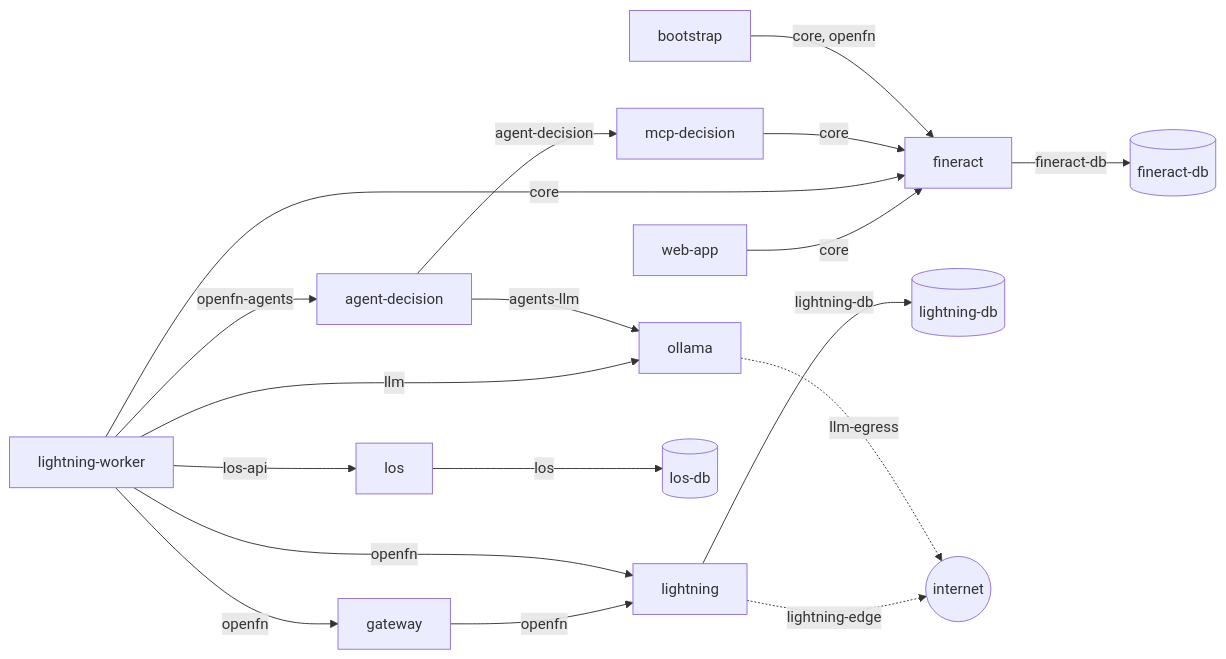
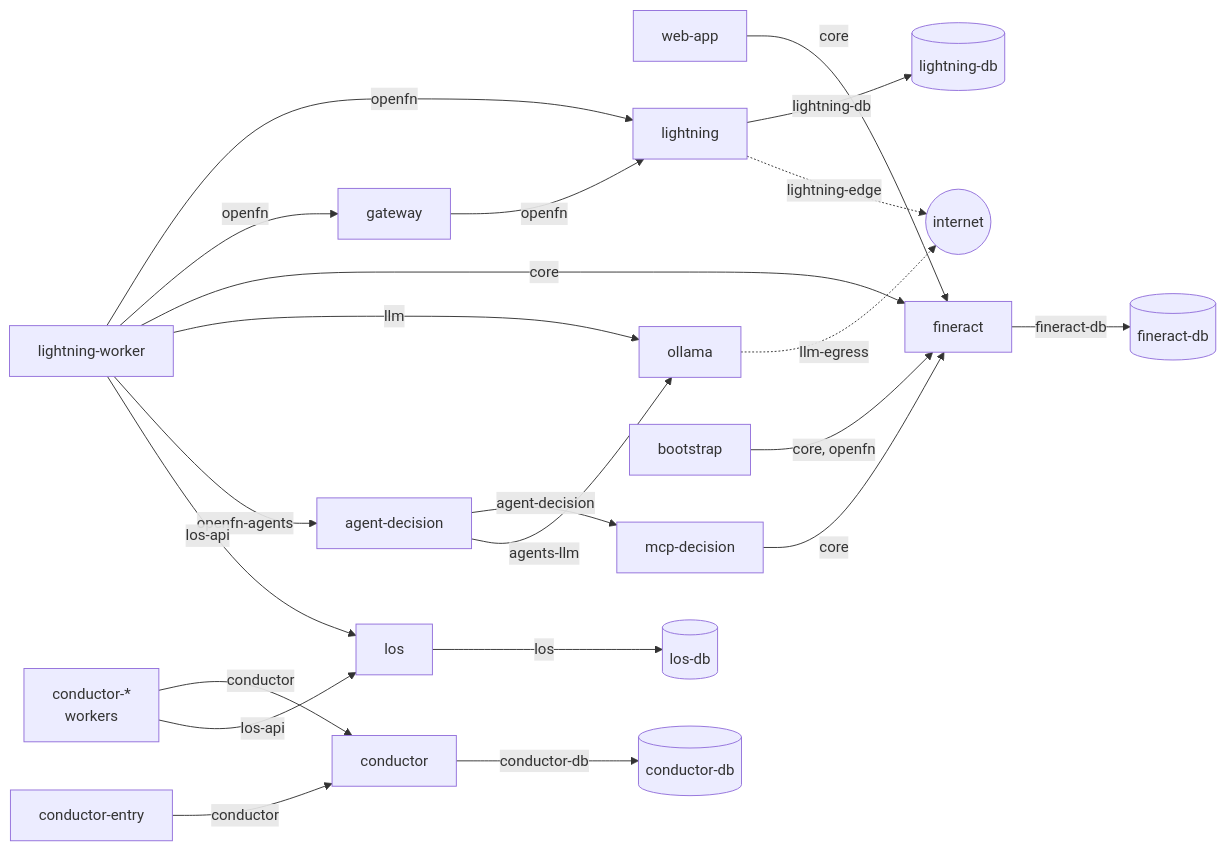
The second of 3 diagrams in agentic-mifos-sandbox/README.md (openMF/mcp-mifosx), drawn with Mermaid before and after one commit. The commit also changed other lines of this file and 28 other files, not shown here.

````diff
--- a/agentic-mifos-sandbox/README.md
+++ b/agentic-mifos-sandbox/README.md
@@ -166,20 +173,24 @@
 ```mermaid
 flowchart LR
   webapp[web-app] -- core --> fineract
   fineract -- fineract-db --> fdb[(fineract-db)]
   lightning -- lightning-db --> ldb[(lightning-db)]
   gateway -- openfn --> lightning
   worker[lightning-worker] -- openfn --> lightning
   worker -- openfn --> gateway
   worker -- core --> fineract
   worker -- llm --> ollama
   worker -- openfn-agents --> agent[agent-decision]
   agent -- agent-decision --> mcp[mcp-decision]
   agent -- agents-llm --> ollama
   mcp -- core --> fineract
   bootstrap -- "core, openfn" --> fineract
   los -- los --> losdb[(los-db)]
   worker -- los-api --> los
+  cworkers[conductor-*<br/>workers] -- conductor --> conductor
+  centry[conductor-entry] -- conductor --> conductor
+  conductor -- conductor-db --> cdb[(conductor-db)]
+  cworkers -- los-api --> los
   lightning -. lightning-edge .-> net((internet))
   ollama -. llm-egress .-> net
 ```
````
